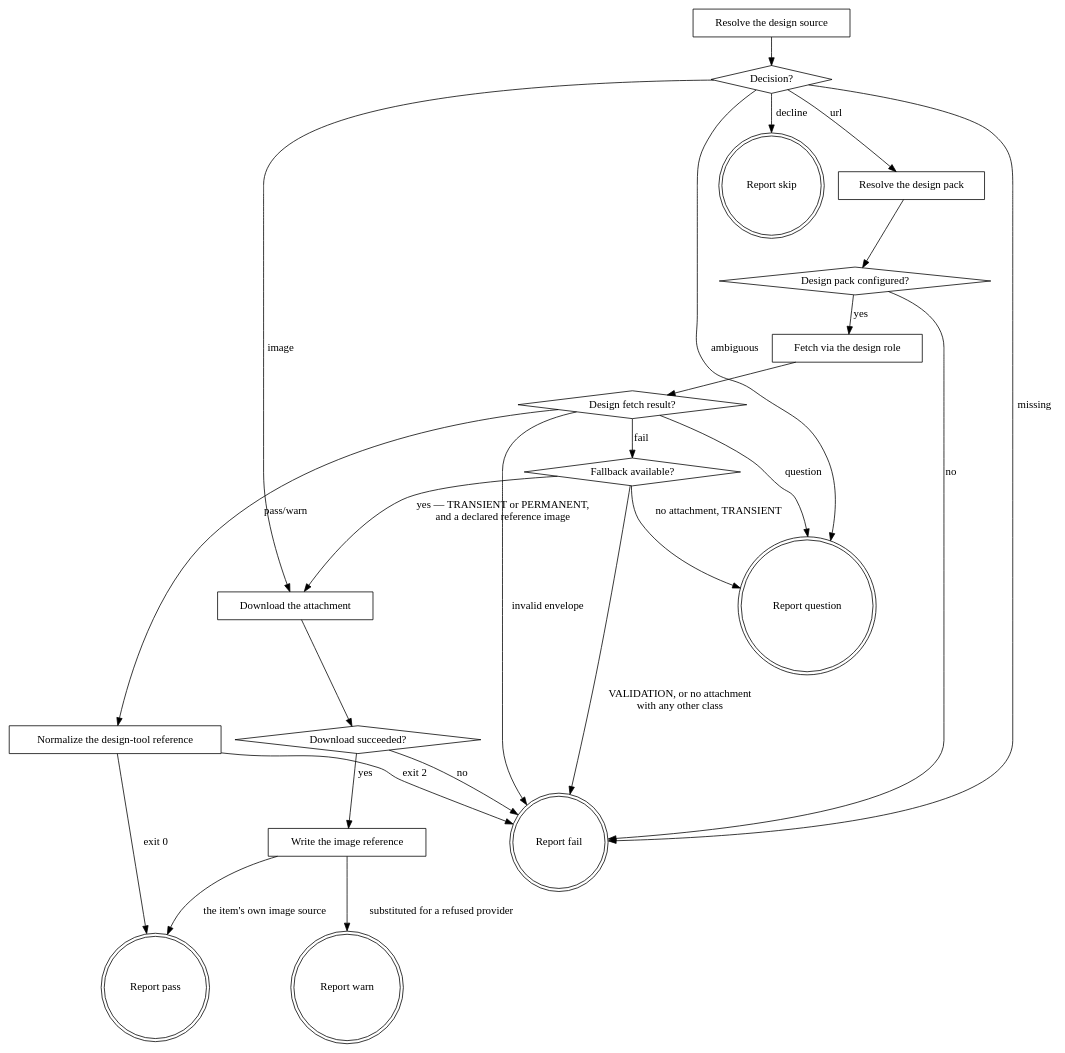
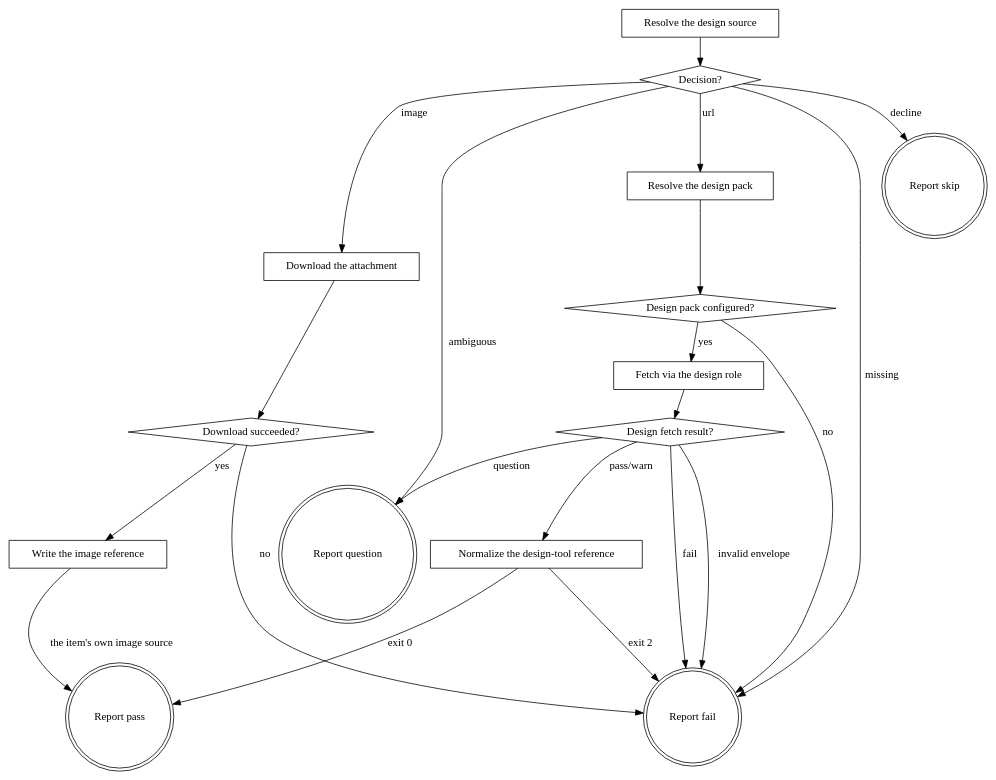
Before and after one commit to agenticDraft/aem-eds-ai-workflow-demo: the diagram in plugins/eds/skills/eds-extract/SKILL.md, drawn with Graphviz. The commit also changed other lines of this file and 2 other files, not shown here.

First line of the commit message:
A design-provider failure is a hard fail; extract has no attachment fallback (D131)

````diff
--- a/plugins/eds/skills/eds-extract/SKILL.md
+++ b/plugins/eds/skills/eds-extract/SKILL.md
@@ -34,45 +34,39 @@
 ```dot
 digraph eds_extract {
     "Resolve the design source" [shape=box];
     "Decision?" [shape=diamond];
     "Resolve the design pack" [shape=box];
     "Design pack configured?" [shape=diamond];
     "Fetch via the design role" [shape=box];
     "Design fetch result?" [shape=diamond];
     "Normalize the design-tool reference" [shape=box];
-    "Fallback available?" [shape=diamond];
     "Download the attachment" [shape=box];
     "Download succeeded?" [shape=diamond];
     "Write the image reference" [shape=box];
     "Report skip" [shape=doublecircle];
     "Report pass" [shape=doublecircle];
-    "Report warn" [shape=doublecircle];
     "Report question" [shape=doublecircle];
     "Report fail" [shape=doublecircle];
 
     "Resolve the design source" -> "Decision?";
     "Decision?" -> "Report skip" [label="decline"];
     "Decision?" -> "Resolve the design pack" [label="url"];
     "Decision?" -> "Download the attachment" [label="image"];
     "Decision?" -> "Report question" [label="ambiguous"];
     "Decision?" -> "Report fail" [label="missing"];
     "Resolve the design pack" -> "Design pack configured?";
     "Design pack configured?" -> "Fetch via the design role" [label="yes"];
     "Design pack configured?" -> "Report fail" [label="no"];
     "Fetch via the design role" -> "Design fetch result?";
     "Design fetch result?" -> "Normalize the design-tool reference" [label="pass/warn"];
     "Design fetch result?" -> "Report question" [label="question"];
-    "Design fetch result?" -> "Fallback available?" [label="fail"];
+    "Design fetch result?" -> "Report fail" [label="fail"];
     "Design fetch result?" -> "Report fail" [label="invalid envelope"];
-    "Fallback available?" -> "Download the attachment" [label="yes — TRANSIENT or PERMANENT,\nand a declared reference image"];
-    "Fallback available?" -> "Report question" [label="no attachment, TRANSIENT"];
-    "Fallback available?" -> "Report fail" [label="VALIDATION, or no attachment\nwith any other class"];
     "Normalize the design-tool reference" -> "Report pass" [label="exit 0"];
     "Normalize the design-tool reference" -> "Report fail" [label="exit 2"];
     "Download the attachment" -> "Download succeeded?";
     "Download succeeded?" -> "Write the image reference" [label="yes"];
     "Download succeeded?" -> "Report fail" [label="no"];
     "Write the image reference" -> "Report pass" [label="the item's own image source"];
-    "Write the image reference" -> "Report warn" [label="substituted for a refused provider"];
 }
 ```
````
